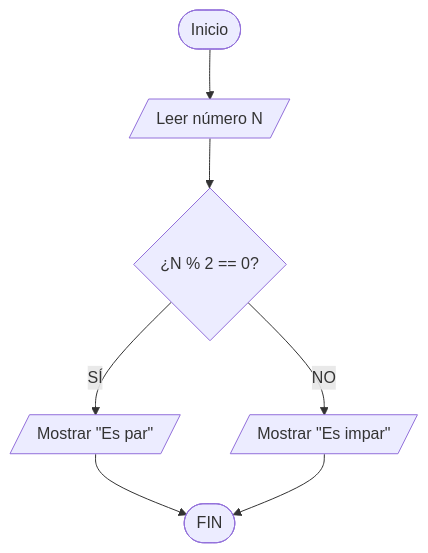
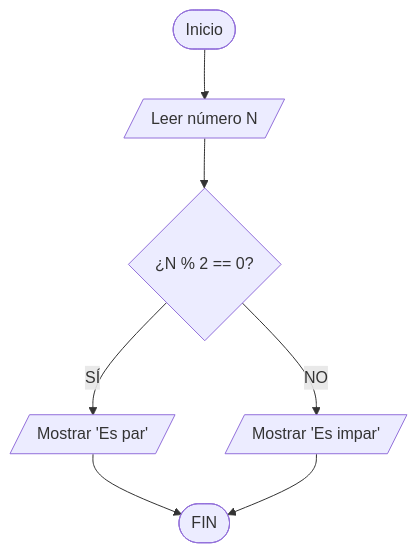
The first of 22 diagrams in herramientas_algoritmicas.md (jovanyvelez/decimo), drawn with Mermaid before and after one commit. The commit also changed other lines of this file, not shown here.

````diff
--- a/herramientas_algoritmicas.md
+++ b/herramientas_algoritmicas.md
@@ -150,9 +150,9 @@
 ```mermaid
 graph TD
-    A([Inicio]) --> B[/Leer número N/]
-    B --> C{¿N % 2 == 0?}
-    C -- SÍ --> D[/Mostrar "Es par"/]
-    C -- NO --> E[/Mostrar "Es impar"/]
+    A([Inicio]) --> B[/"Leer número N"/]
+    B --> C{"¿N % 2 == 0?"}
+    C -- SÍ --> D[/"Mostrar 'Es par'"/]
+    C -- NO --> E[/"Mostrar 'Es impar'"/]
     D --> F([FIN])
     E --> F
 ```
````
